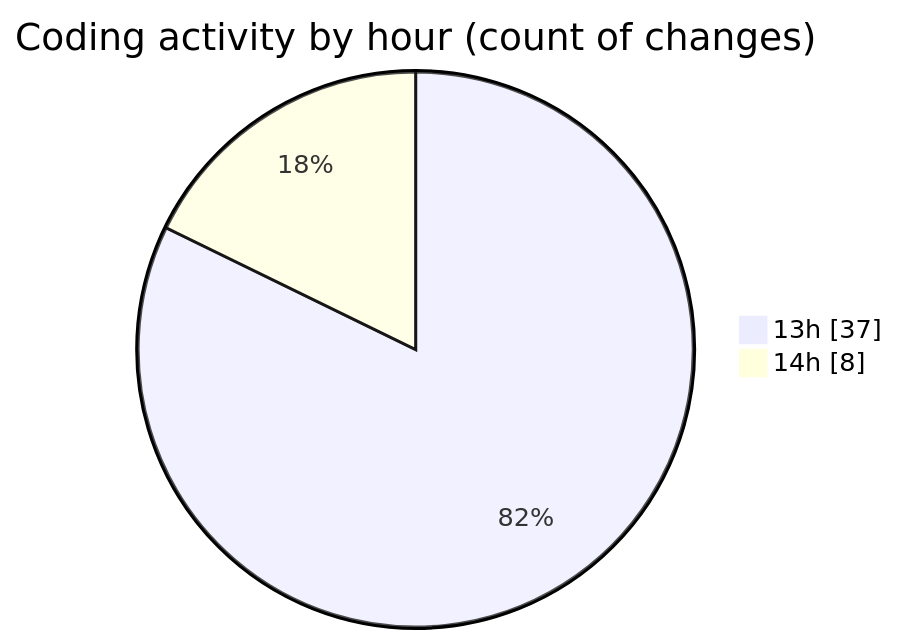
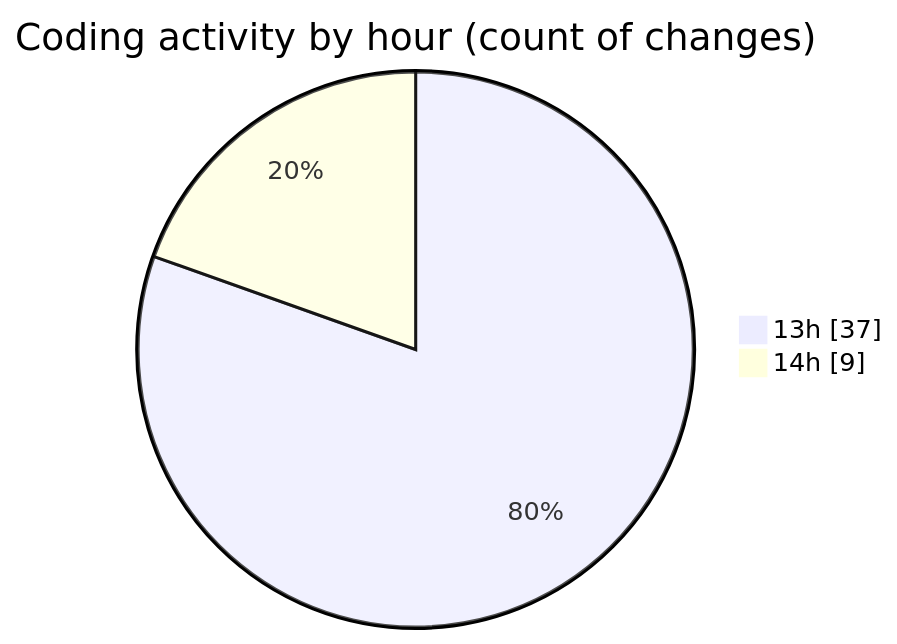
The second of 2 diagrams in 2026-04-11/scripting_workshop/README.md (Unknowalive/code-tracking), drawn with Mermaid before and after one commit. The commit also changed other lines of this file and 1 other file, not shown here.

````diff
--- a/2026-04-11/scripting_workshop/README.md
+++ b/2026-04-11/scripting_workshop/README.md
@@ -53,6 +54,6 @@
 ```mermaid
 pie showData
 title Coding activity by hour (count of changes)
 "13h" : 37
-"14h" : 8
+"14h" : 9
 ```
````
